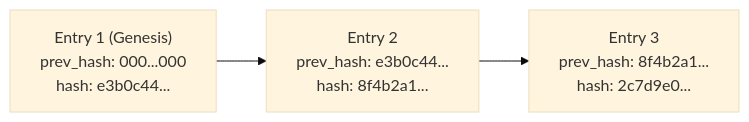
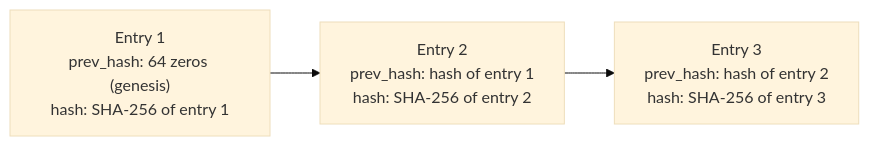
The fourth of 4 diagrams in README.md (Dev-Am12/Rubric), drawn with Mermaid (base theme) before and after one commit. The commit also changed other lines of this file and 1 other file, not shown here.

````diff
--- a/README.md
+++ b/README.md
@@ -342,5 +386,5 @@
 ```mermaid
 flowchart LR
-    E1["Entry 1 (Genesis)<br/>prev_hash: 000...000<br/>hash: e3b0c44..."] --> E2["Entry 2<br/>prev_hash: e3b0c44...<br/>hash: 8f4b2a1..."]
-    E2 --> E3["Entry 3<br/>prev_hash: 8f4b2a1...<br/>hash: 2c7d9e0..."]
+    E1["Entry 1<br/>prev_hash: 64 zeros (genesis)<br/>hash: SHA-256 of entry 1"] --> E2["Entry 2<br/>prev_hash: hash of entry 1<br/>hash: SHA-256 of entry 2"]
+    E2 --> E3["Entry 3<br/>prev_hash: hash of entry 2<br/>hash: SHA-256 of entry 3"]
 ```
````
